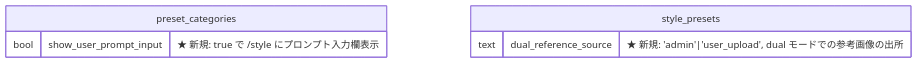
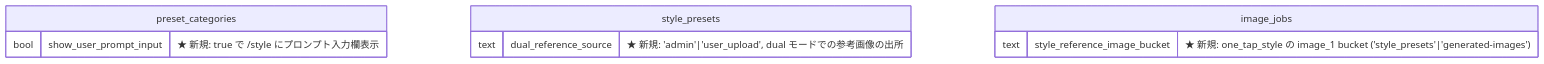
Before and after one commit to 3balljugglerYu/ai_coordinate: the third of 4 diagrams in docs/planning/style-preset-user-dual-and-prompt-implementation-plan.md, drawn with Mermaid. The commit also changed other lines of this file, not shown here.

````diff
--- a/docs/planning/style-preset-user-dual-and-prompt-implementation-plan.md
+++ b/docs/planning/style-preset-user-dual-and-prompt-implementation-plan.md
@@ -98,9 +98,12 @@
 ```mermaid
 erDiagram
     preset_categories {
         bool show_user_prompt_input "★ 新規: true で /style にプロンプト入力欄表示"
     }
     style_presets {
         text dual_reference_source "★ 新規: 'admin'|'user_upload', dual モードでの参考画像の出所"
     }
+    image_jobs {
+        text style_reference_image_bucket "★ 新規: one_tap_style の image_1 bucket ('style_presets'|'generated-images')"
+    }
 ```
````
